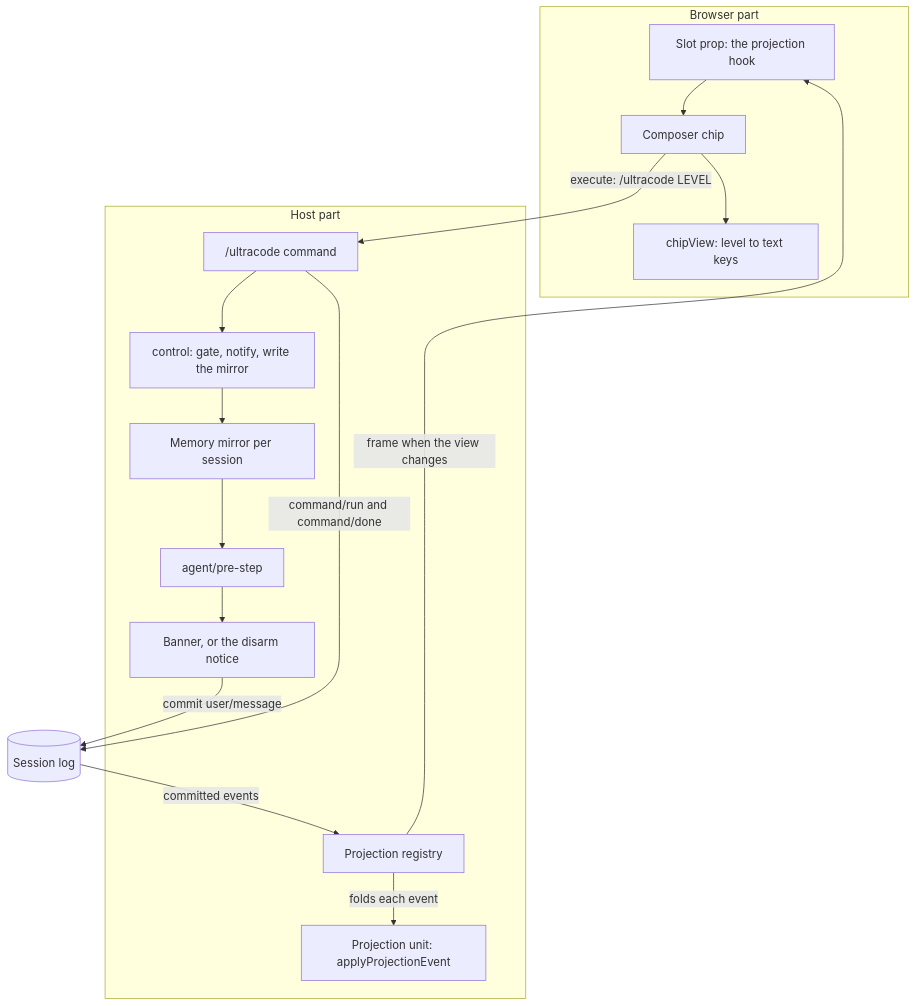
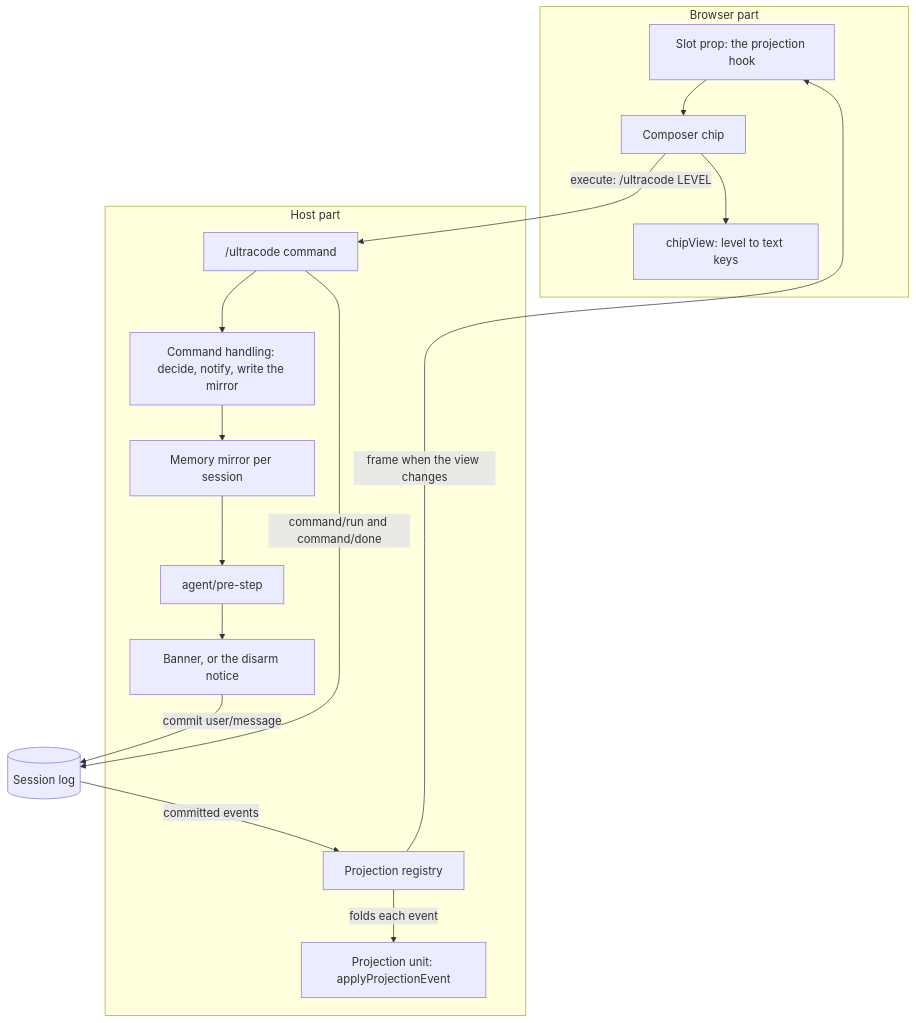
Before and after one commit to Dessera/dsh-ultracode: the diagram in docs/architecture.md, drawn with Mermaid. The commit also changed other lines of this file and 1 other file, not shown here.

First line of the commit message:
docs(architecture): rewrite the architecture guide

````diff
--- a/docs/architecture.md
+++ b/docs/architecture.md
@@ -275,33 +254,33 @@
 ```mermaid
 flowchart TB
     subgraph browser[Browser part]
         seat["Slot prop: the projection hook"]
         chip[Composer chip]
         view["chipView: level to text keys"]
         seat --> chip
         chip --> view
     end
 
     subgraph host[Host part]
         command["/ultracode command"]
-        control["control: gate, notify, write the mirror"]
+        control["Command handling: decide, notify, write the mirror"]
         mirror["Memory mirror per session"]
         prestep["agent/pre-step"]
         banner["Banner, or the disarm notice"]
         registry["Projection registry"]
         unit["Projection unit: applyProjectionEvent"]
     end
 
     log[(Session log)]
 
     chip -- "execute: /ultracode LEVEL" --> command
     command --> control
     control --> mirror
     mirror --> prestep
     prestep --> banner
     banner -- "commit user/message" --> log
     command -- "command/run and command/done" --> log
     log -- "committed events" --> registry
     registry -- "folds each event" --> unit
     registry -- "frame when the view changes" --> seat
 ```
````
